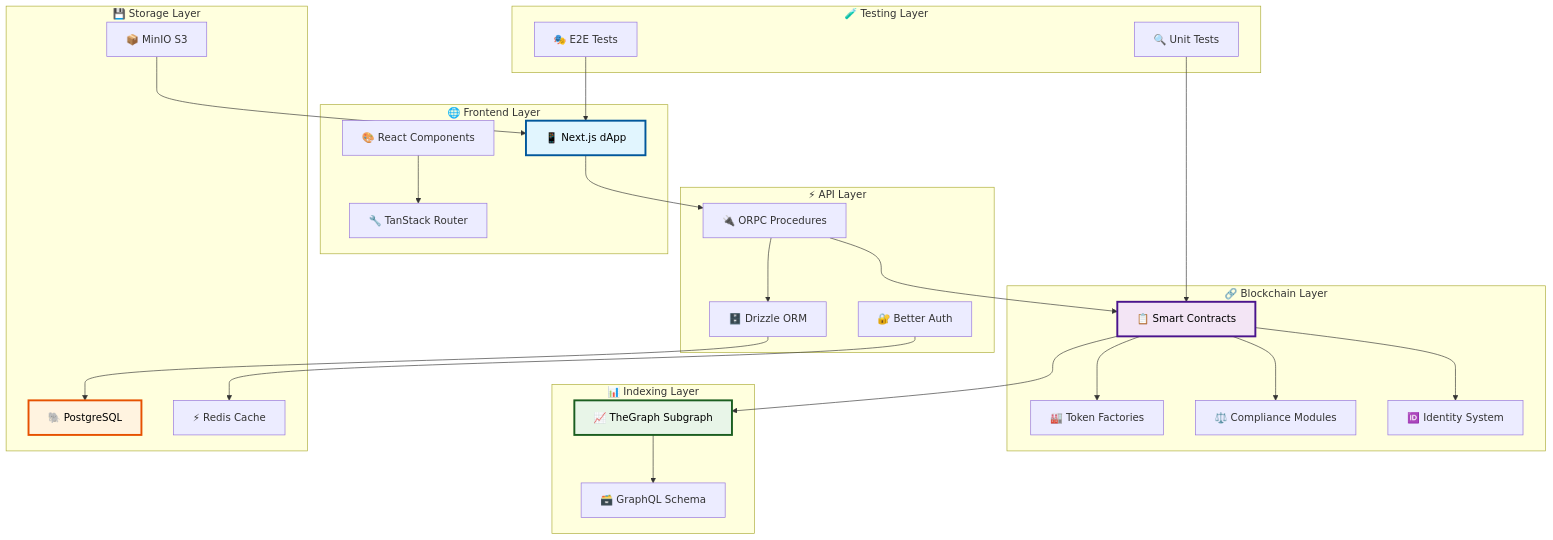
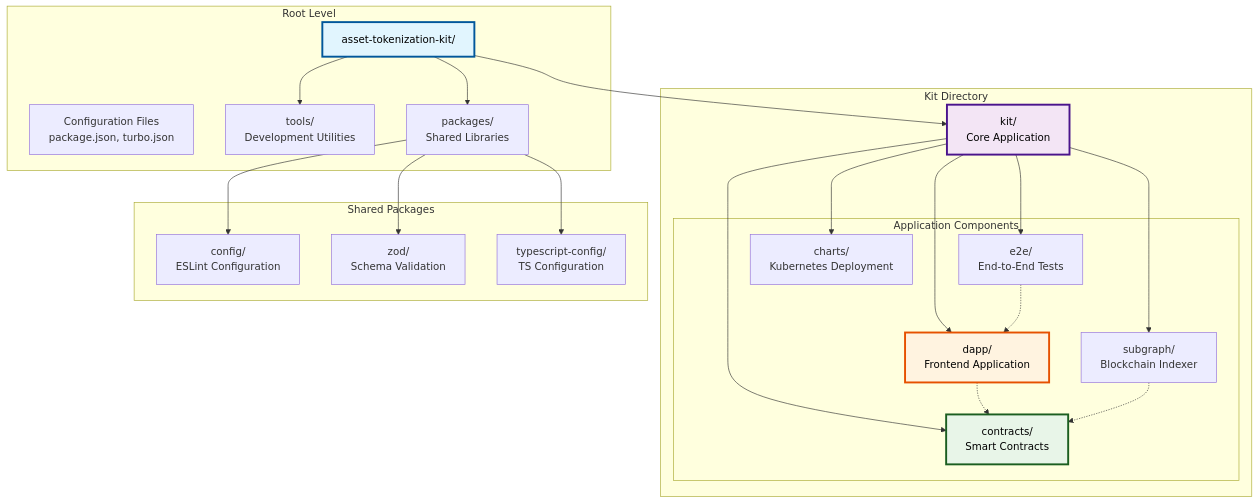
One commit to settlemint/asset-tokenization-kit changed the second of 10 diagrams in kit/docs/content/docs/01-system-overview.md. Above: the diagram before and after it, drawn with Mermaid. The commit also changed other lines of this file and 50 other files, not shown here.

````diff
--- a/kit/docs/content/docs/01-system-overview.md
+++ b/kit/docs/content/docs/01-system-overview.md
@@ -9,57 +114,52 @@
 ```mermaid
 graph TB
-    subgraph "🌐 Frontend Layer"
-        A[📱 Next.js dApp]
-        B[🎨 React Components]
-        C[🔧 TanStack Router]
+    subgraph "Root Level"
+        Root[asset-tokenization-kit/]
+        Config[Configuration Files<br/>package.json, turbo.json]
+        Tools[tools/<br/>Development Utilities]
+        Packages[packages/<br/>Shared Libraries]
     end
-
-    subgraph "⚡ API Layer"
-        D[🔌 ORPC Procedures]
-        E[🗄️ Drizzle ORM]
-        F[🔐 Better Auth]
+    
+    subgraph "Kit Directory"
+        Kit[kit/<br/>Core Application]
+        
+        subgraph "Application Components"
+            Contracts[contracts/<br/>Smart Contracts]
+            DApp[dapp/<br/>Frontend Application]
+            Subgraph[subgraph/<br/>Blockchain Indexer]
+            E2E[e2e/<br/>End-to-End Tests]
+            Charts[charts/<br/>Kubernetes Deployment]
+        end
     end
-
-    subgraph "🔗 Blockchain Layer"
-        G[📋 Smart Contracts]
-        H[🏭 Token Factories]
-        I[⚖️ Compliance Modules]
-        J[🆔 Identity System]
+    
+    subgraph "Shared Packages"
+        ConfigPkg[config/<br/>ESLint Configuration]
+        ZodPkg[zod/<br/>Schema Validation]
+        TypeScript[typescript-config/<br/>TS Configuration]
     end
-
-    subgraph "📊 Indexing Layer"
-        K[📈 TheGraph Subgraph]
-        L[🗃️ GraphQL Schema]
-    end
-
-    subgraph "💾 Storage Layer"
-        M[🐘 PostgreSQL]
-        N[📦 MinIO S3]
-        O[⚡ Redis Cache]
-    end
-
-    subgraph "🧪 Testing Layer"
-        P[🎭 E2E Tests]
-        Q[🔍 Unit Tests]
-    end
-
-    A --> D
-    B --> C
-    D --> E
-    E --> M
-    D --> G
-    G --> H
-    G --> I
-    G --> J
-    G --> K
-    K --> L
-    F --> O
-    N --> A
-    P --> A
-    Q --> G
-
-    style A fill:#e1f5fe,stroke:#01579b,color:#000000,stroke-width:3px
-    style G fill:#f3e5f5,stroke:#4a148c,color:#000000,stroke-width:3px
-    style K fill:#e8f5e8,stroke:#1b5e20,color:#000000,stroke-width:3px
-    style M fill:#fff3e0,stroke:#e65100,color:#000000,stroke-width:3px
+    
+    %% Dependencies
+    Root --> Kit
+    Root --> Tools
+    Root --> Packages
+    
+    Kit --> Contracts
+    Kit --> DApp
+    Kit --> Subgraph
+    Kit --> E2E
+    Kit --> Charts
+    
+    Packages --> ConfigPkg
+    Packages --> ZodPkg
+    Packages --> TypeScript
+    
+    DApp -.-> Contracts
+    Subgraph -.-> Contracts
+    E2E -.-> DApp
+    
+    %% Styling
+    style Root fill:#e1f5fe,stroke:#01579b,color:#000000,stroke-width:3px
+    style Kit fill:#f3e5f5,stroke:#4a148c,color:#000000,stroke-width:3px
+    style Contracts fill:#e8f5e8,stroke:#1b5e20,color:#000000,stroke-width:3px
+    style DApp fill:#fff3e0,stroke:#e65100,color:#000000,stroke-width:3px
 ```
````
